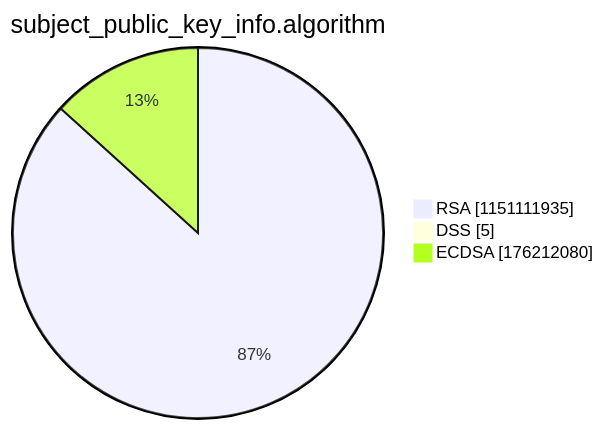
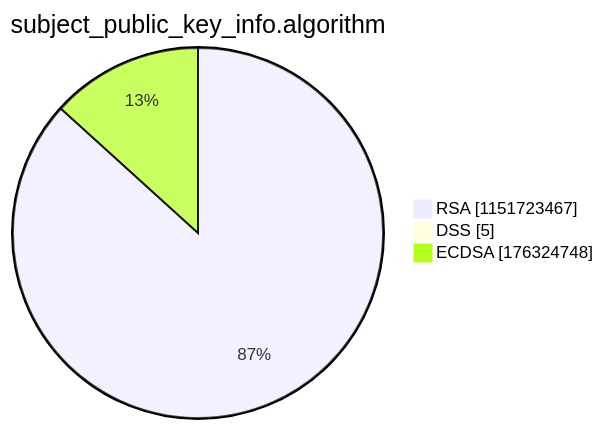
One commit to christiankrug/ctmonitor_visualization changed the third of 15 diagrams in argon2022/README.md. Above: the diagram before and after it, drawn with Mermaid. The commit also changed other lines of this file, not shown here.

````diff
--- a/argon2022/README.md
+++ b/argon2022/README.md
@@ -14,7 +14,7 @@
 ```mermaid
 pie showData
 title subject_public_key_info.algorithm
-"RSA" :1151111935
+"RSA" :1151723467
 "DSS" :5
-"ECDSA" :176212080
+"ECDSA" :176324748
 ```
````
